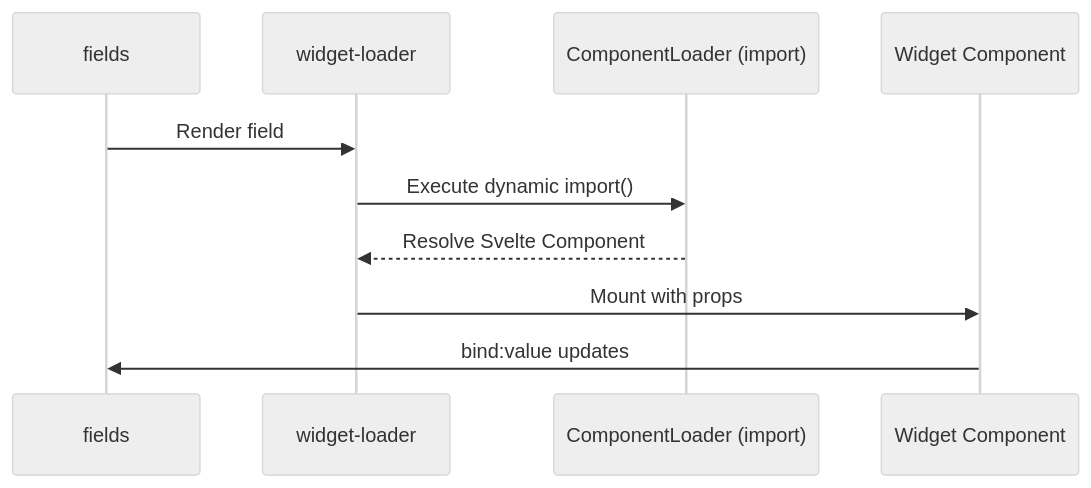
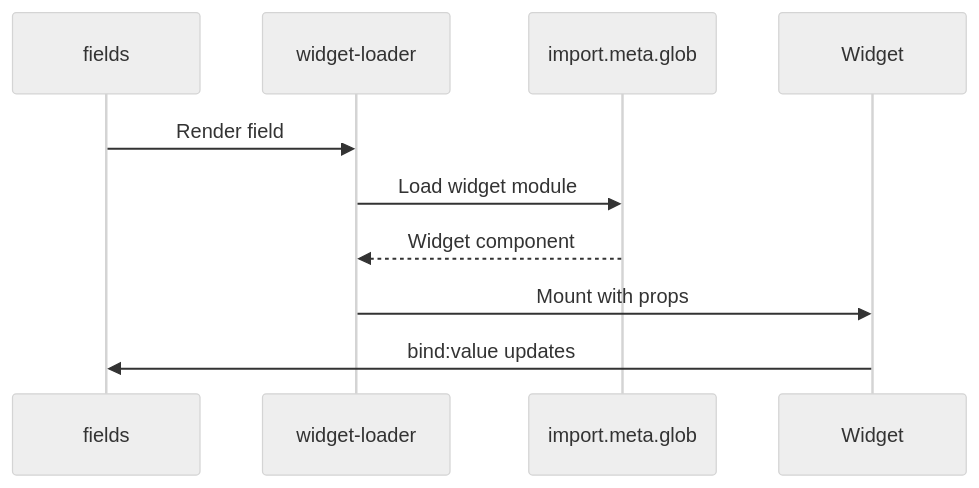
Before and after one commit to SveltyCMS/SveltyCMS: the fifth of 6 diagrams in docs/architecture/components/fields.mdx, drawn with Mermaid (neutral theme). The commit also changed other lines of this file and 1049 other files, not shown here.

````diff
--- a/docs/architecture/components/fields.mdx
+++ b/docs/architecture/components/fields.mdx
@@ -364,13 +306,13 @@
 ```mermaid
 sequenceDiagram
     participant F as fields
     participant WL as widget-loader
-    participant CL as ComponentLoader (import)
-    participant W as Widget Component
+    participant I as import.meta.glob
+    participant W as Widget
 
     F->>WL: Render field
-    WL->>CL: Execute dynamic import()
-    CL-->>WL: Resolve Svelte Component
+    WL->>I: Load widget module
+    I-->>WL: Widget component
     WL->>W: Mount with props
     W->>F: bind:value updates
 ```
````
